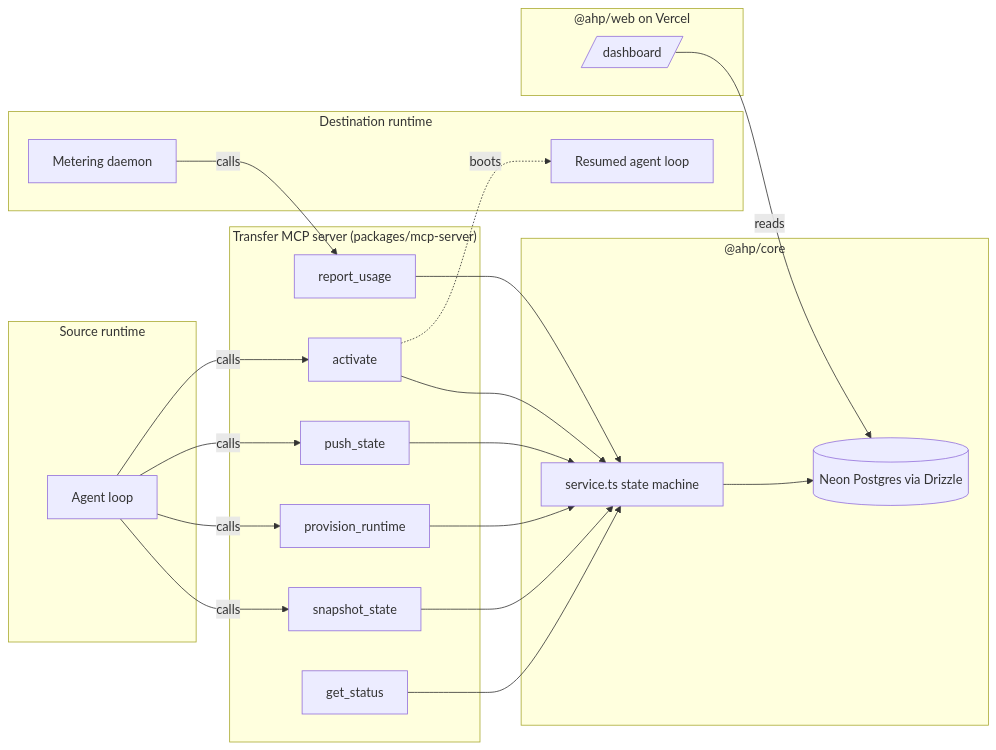
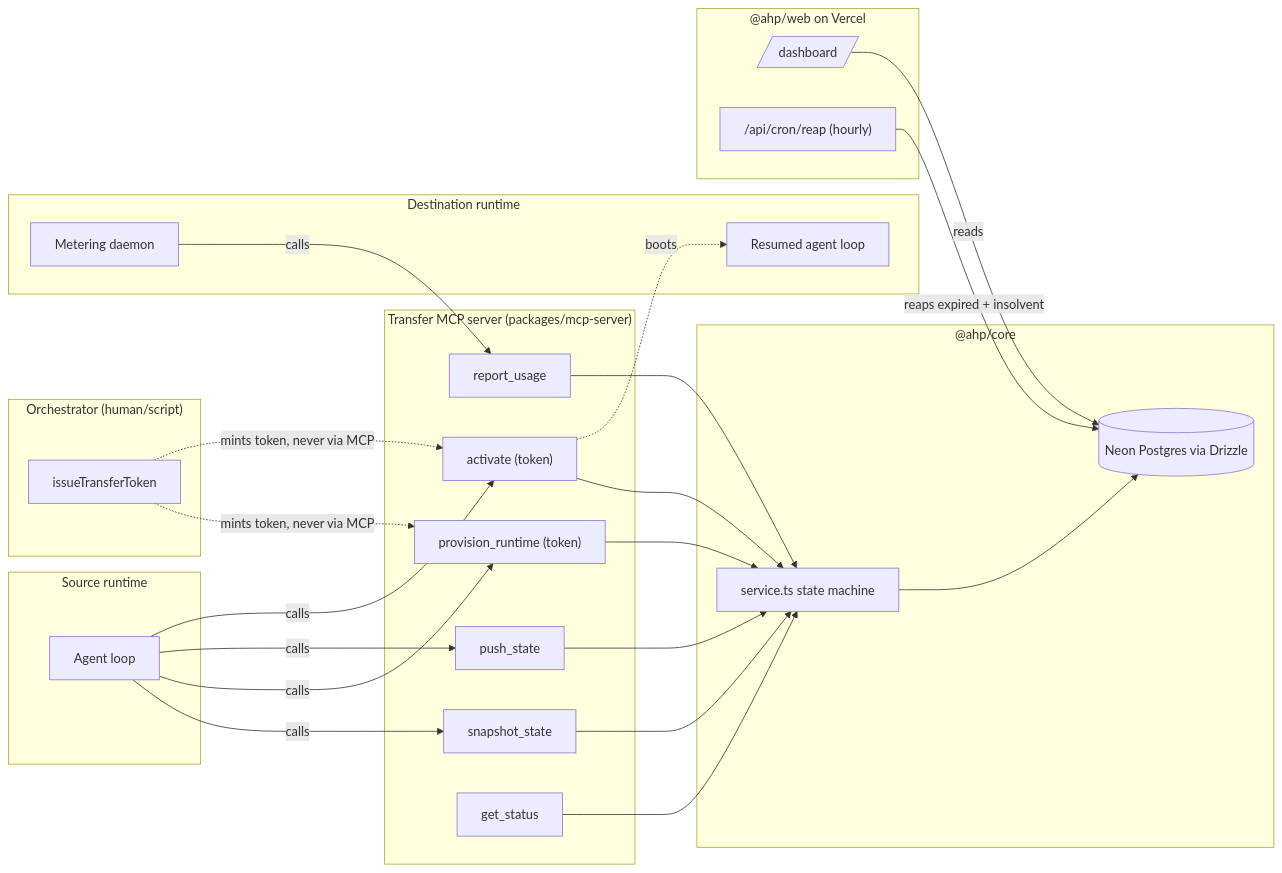
The diagram in README.md (zordhalo/agent-handoff-protocol), drawn with Mermaid before and after one commit. The commit also changed other lines of this file and 20 other files, not shown here.

````diff
--- a/README.md
+++ b/README.md
@@ -50,35 +54,43 @@
 ```mermaid
 flowchart LR
+    subgraph Orch["Orchestrator (human/script)"]
+        O[issueTransferToken]
+    end
+
     subgraph Source["Source runtime"]
         A[Agent loop]
     end
 
     subgraph MCP["Transfer MCP server (packages/mcp-server)"]
         T1[snapshot_state]
-        T2[provision_runtime]
+        T2["provision_runtime (token)"]
         T3[push_state]
-        T4[activate]
+        T4["activate (token)"]
         T5[report_usage]
         T6[get_status]
     end
 
     subgraph Core["@ahp/core"]
         SVC[service.ts state machine]
         DB[(Neon Postgres via Drizzle)]
     end
 
     subgraph Dest["Destination runtime"]
         D[Resumed agent loop]
         M[Metering daemon]
     end
 
     subgraph Web["@ahp/web on Vercel"]
         DASH[/dashboard/]
+        CRON["/api/cron/reap (hourly)"]
     end
 
+    O -.mints token, never via MCP.-> T2
+    O -.mints token, never via MCP.-> T4
     A -->|calls| T1 & T2 & T3 & T4
     T1 & T2 & T3 & T4 & T5 & T6 --> SVC --> DB
     T4 -.boots.-> D
     M -->|calls| T5
     DASH -->|reads| DB
+    CRON -->|reaps expired + insolvent| DB
 ```
````
